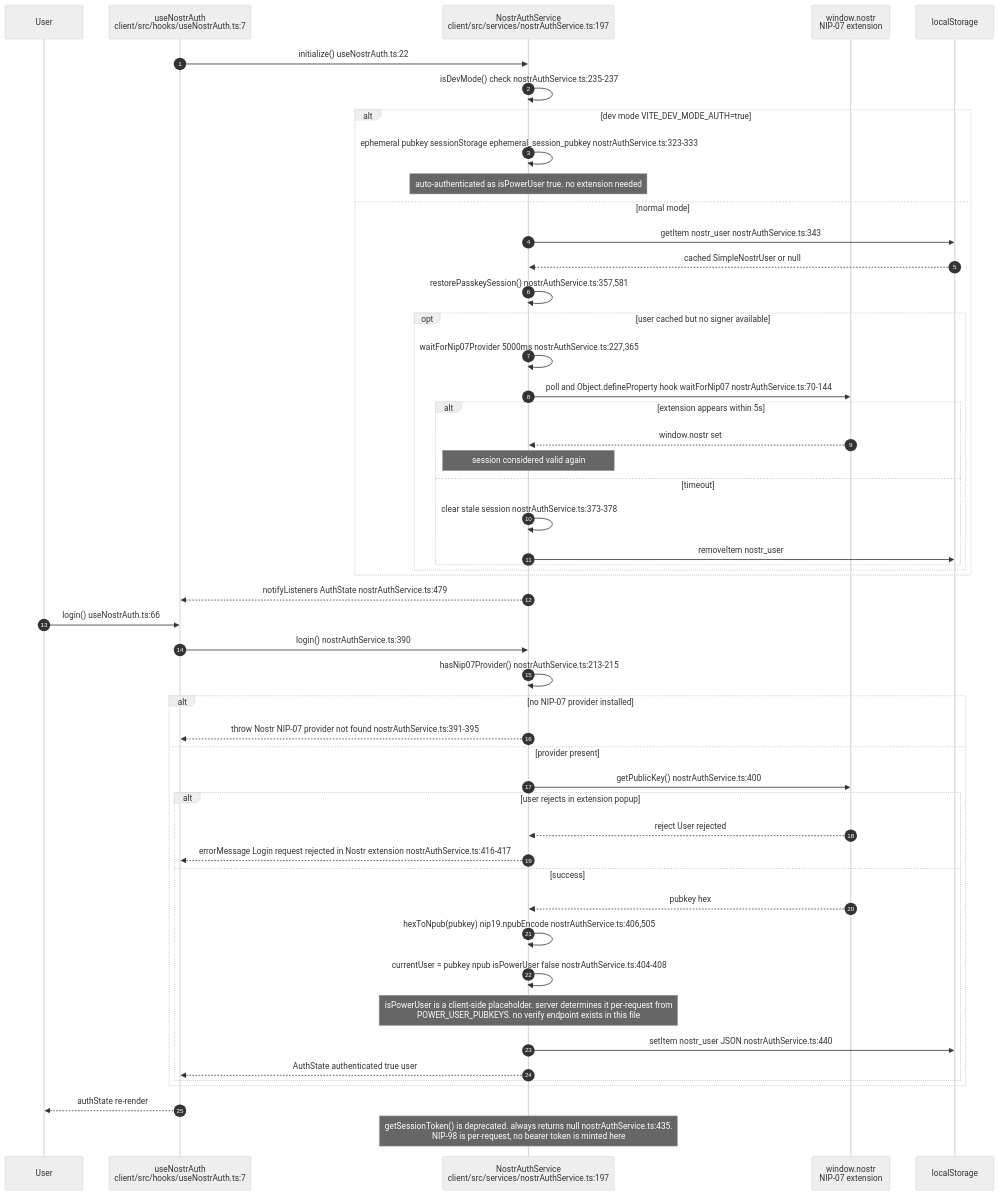
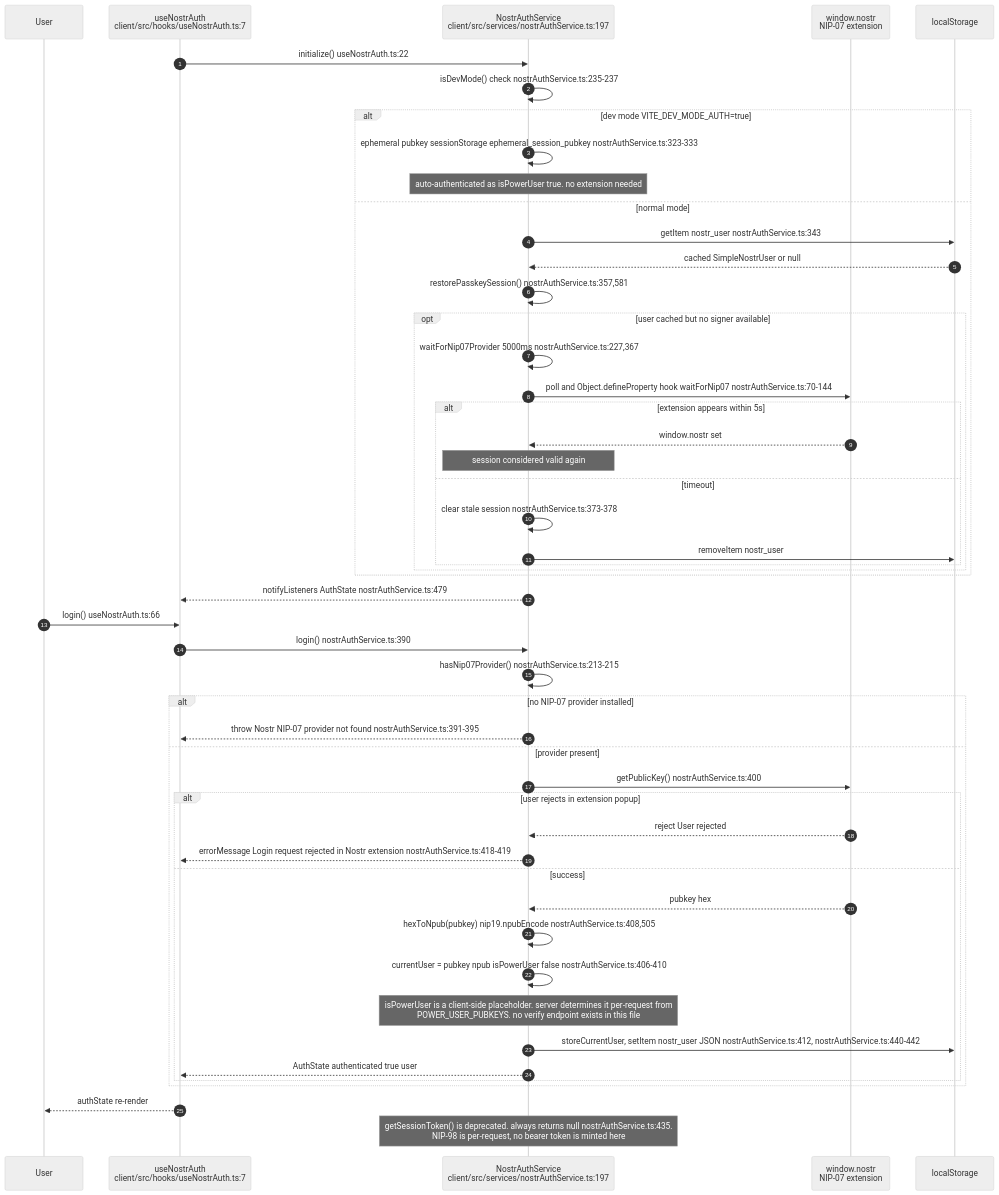
One commit to DreamLab-AI/VisionFlow changed the first of 8 diagrams in docs/diagrams/visionclaw/33-client-auth-and-identity.md. Above: the diagram before and after it, drawn with Mermaid (neutral theme). The commit also changed other lines of this file and 173 other files, not shown here.

````diff
--- a/docs/diagrams/visionclaw/33-client-auth-and-identity.md
+++ b/docs/diagrams/visionclaw/33-client-auth-and-identity.md
@@ -43,54 +44,54 @@
 ```mermaid
 sequenceDiagram
     autonumber
     participant U as User
     participant H as useNostrAuth<br/>client/src/hooks/useNostrAuth.ts:7
     participant NA as NostrAuthService<br/>client/src/services/nostrAuthService.ts:197
     participant EXT as window.nostr<br/>NIP-07 extension
     participant LS as localStorage
 
     H->>NA: initialize() useNostrAuth.ts:22
     NA->>NA: isDevMode() check nostrAuthService.ts:235-237
     alt dev mode VITE_DEV_MODE_AUTH=true
         NA->>NA: ephemeral pubkey sessionStorage ephemeral_session_pubkey nostrAuthService.ts:323-333
         Note over NA: auto-authenticated as isPowerUser true. no extension needed
     else normal mode
         NA->>LS: getItem nostr_user nostrAuthService.ts:343
         LS-->>NA: cached SimpleNostrUser or null
         NA->>NA: restorePasskeySession() nostrAuthService.ts:357,581
         opt user cached but no signer available
-            NA->>NA: waitForNip07Provider 5000ms nostrAuthService.ts:227,365
+            NA->>NA: waitForNip07Provider 5000ms nostrAuthService.ts:227,367
             NA->>EXT: poll and Object.defineProperty hook waitForNip07 nostrAuthService.ts:70-144
             alt extension appears within 5s
                 EXT-->>NA: window.nostr set
                 Note over NA: session considered valid again
             else timeout
                 NA->>NA: clear stale session nostrAuthService.ts:373-378
                 NA->>LS: removeItem nostr_user
             end
         end
     end
     NA-->>H: notifyListeners AuthState nostrAuthService.ts:479
 
     U->>H: login() useNostrAuth.ts:66
     H->>NA: login() nostrAuthService.ts:390
     NA->>NA: hasNip07Provider() nostrAuthService.ts:213-215
     alt no NIP-07 provider installed
         NA-->>H: throw Nostr NIP-07 provider not found nostrAuthService.ts:391-395
     else provider present
         NA->>EXT: getPublicKey() nostrAuthService.ts:400
         alt user rejects in extension popup
             EXT-->>NA: reject User rejected
-            NA-->>H: errorMessage Login request rejected in Nostr extension nostrAuthService.ts:416-417
+            NA-->>H: errorMessage Login request rejected in Nostr extension nostrAuthService.ts:418-419
         else success
             EXT-->>NA: pubkey hex
-            NA->>NA: hexToNpub(pubkey) nip19.npubEncode nostrAuthService.ts:406,505
-            NA->>NA: currentUser = pubkey npub isPowerUser false nostrAuthService.ts:404-408
+            NA->>NA: hexToNpub(pubkey) nip19.npubEncode nostrAuthService.ts:408,505
+            NA->>NA: currentUser = pubkey npub isPowerUser false nostrAuthService.ts:406-410
             Note over NA: isPowerUser is a client-side placeholder. server determines it per-request from<br/>POWER_USER_PUBKEYS. no verify endpoint exists in this file
-            NA->>LS: setItem nostr_user JSON nostrAuthService.ts:440
+            NA->>LS: storeCurrentUser, setItem nostr_user JSON nostrAuthService.ts:412, nostrAuthService.ts:440-442
             NA-->>H: AuthState authenticated true user
         end
     end
     H-->>U: authState re-render
     Note over NA: getSessionToken() is deprecated. always returns null nostrAuthService.ts:435.<br/>NIP-98 is per-request, no bearer token is minted here
 ```
````
